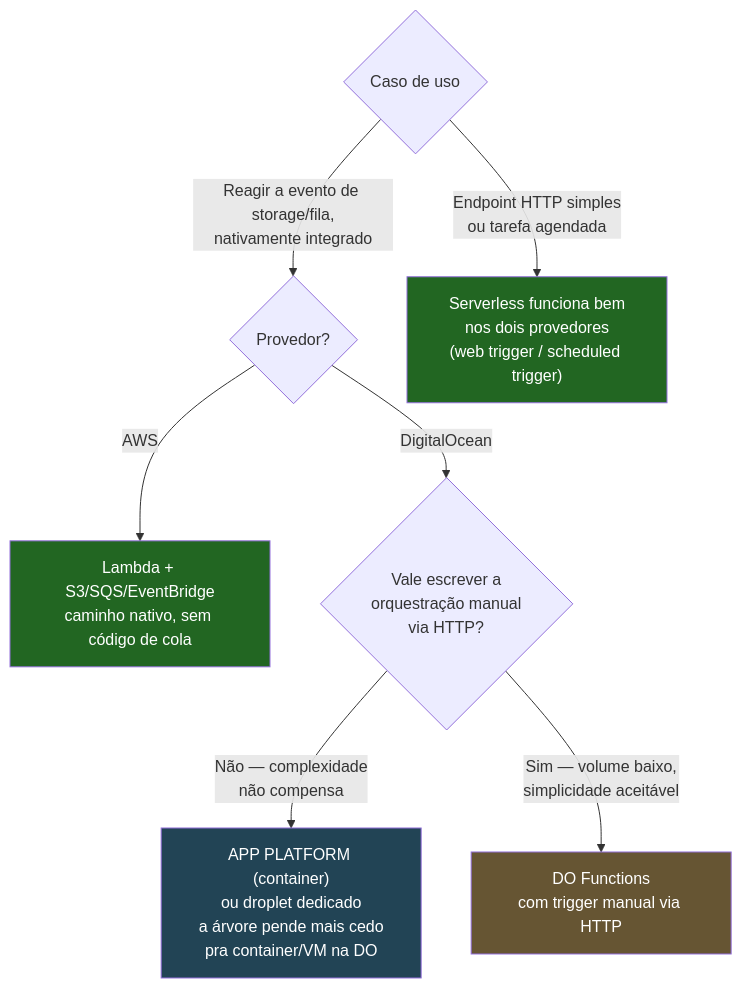
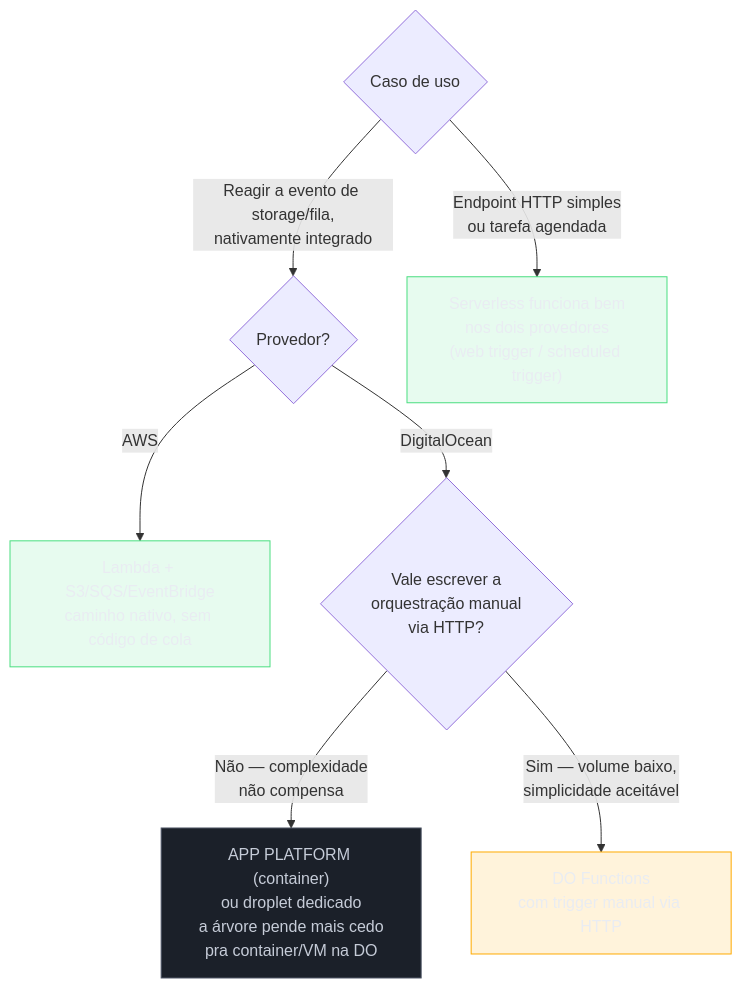
Before and after one commit to josenaldo/codex-technomanticus: the fourth of 4 diagrams in 03-Dominios/Tecnologia/Cloud/11 - Serverless e FaaS — Lambda a fundo/06 - Quando serverless faz (e não faz) sentido.md, drawn with Mermaid. The commit also changed other lines of this file and 1181 other files, not shown here.

First line of the commit message:
fix(diagramas): paleta do sistema no lugar de cor cravada no markdown

````diff
--- a/03-Dominios/Tecnologia/Cloud/11 - Serverless e FaaS — Lambda a fundo/06 - Quando serverless faz (e não faz) sentido.md
+++ b/03-Dominios/Tecnologia/Cloud/11 - Serverless e FaaS — Lambda a fundo/06 - Quando serverless faz (e não faz) sentido.md
@@ -303,17 +311,20 @@
 ```mermaid
 flowchart TD
+    classDef ok fill:#4ADE8021,stroke:#4ADE80,color:#E9ECF2
+    classDef neutro fill:#1B2029,stroke:#4E5666,color:#C6CCD8
+    classDef destaque fill:#FFAA0024,stroke:#FFAA00,color:#E9ECF2
     Q1{"Caso de uso"}
     Q1 -->|"Reagir a evento de storage/fila,<br/>nativamente integrado"| AWS_Q{"Provedor?"}
     Q1 -->|"Endpoint HTTP simples<br/>ou tarefa agendada"| Ambos["Serverless funciona bem<br/>nos dois provedores<br/>(web trigger / scheduled trigger)"]
 
     AWS_Q -->|"AWS"| Lambda["Lambda + S3/SQS/EventBridge<br/>caminho nativo, sem código de cola"]
     AWS_Q -->|"DigitalOcean"| DO_Choice{"Vale escrever a<br/>orquestração manual<br/>via HTTP?"}
 
     DO_Choice -->|"Não — complexidade<br/>não compensa"| AppPlatform["APP PLATFORM (container)<br/>ou droplet dedicado<br/>a árvore pende mais cedo<br/>pra container/VM na DO"]
     DO_Choice -->|"Sim — volume baixo,<br/>simplicidade aceitável"| DOFunctions["DO Functions<br/>com trigger manual via HTTP"]
 
-    style Lambda fill:#262,color:#fff
-    style Ambos fill:#262,color:#fff
-    style AppPlatform fill:#245,color:#fff
-    style DOFunctions fill:#653,color:#fff
+    class Lambda ok
+    class Ambos ok
+    class AppPlatform neutro
+    class DOFunctions destaque
 ```
````
